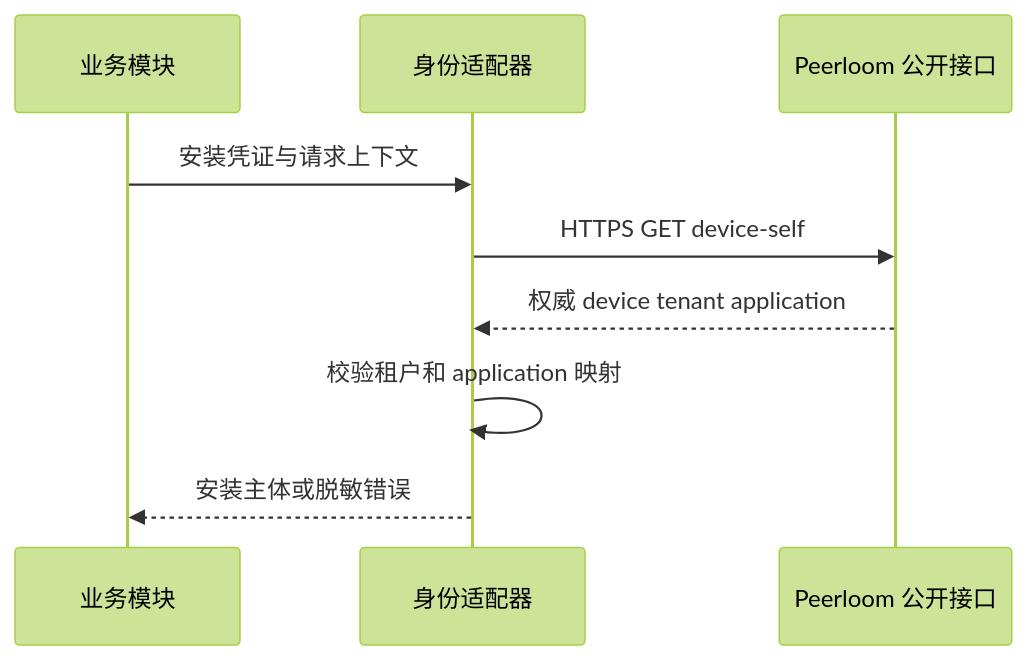
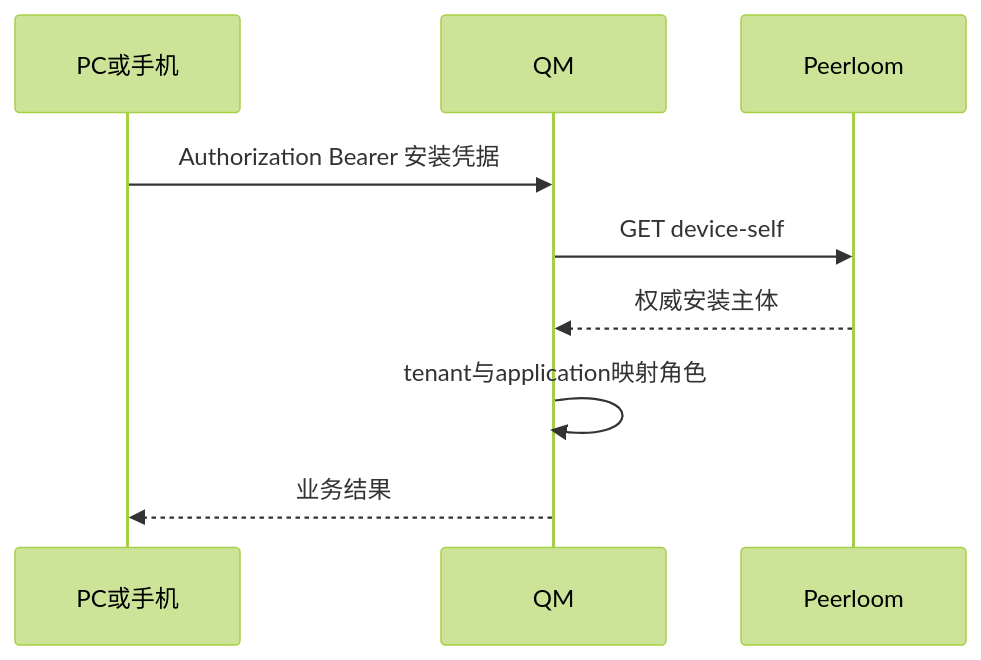
The diagram in docs/安装身份模块.md (barry-ran/quick-mirror-service), drawn with Mermaid (forest theme) before and after one commit. The commit also changed other lines of this file and 53 other files, not shown here.

````diff
--- a/docs/安装身份模块.md
+++ b/docs/安装身份模块.md
@@ -5,11 +5,11 @@
 ```mermaid
 sequenceDiagram
-    participant B as 业务模块
-    participant A as 身份适配器
-    participant P as Peerloom 公开接口
-    B->>A: 安装凭证与请求上下文
-    A->>P: HTTPS GET device-self
-    P-->>A: 权威 device tenant application
-    A->>A: 校验租户和 application 映射
-    A-->>B: 安装主体或脱敏错误
+ participant C as PC或手机
+ participant Q as QM
+ participant P as Peerloom
+ C->>Q: Authorization Bearer 安装凭据
+ Q->>P: GET device-self
+ P-->>Q: 权威安装主体
+ Q->>Q: tenant与application映射角色
+ Q-->>C: 业务结果
 ```
````
